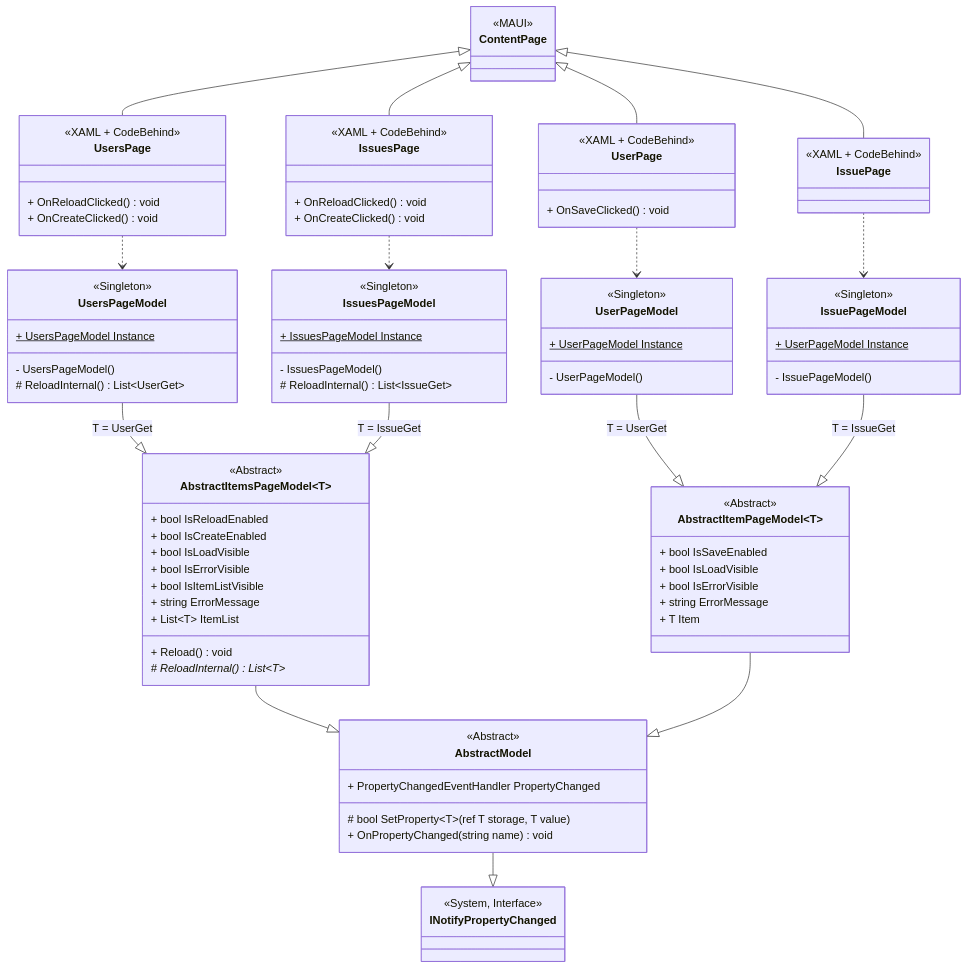
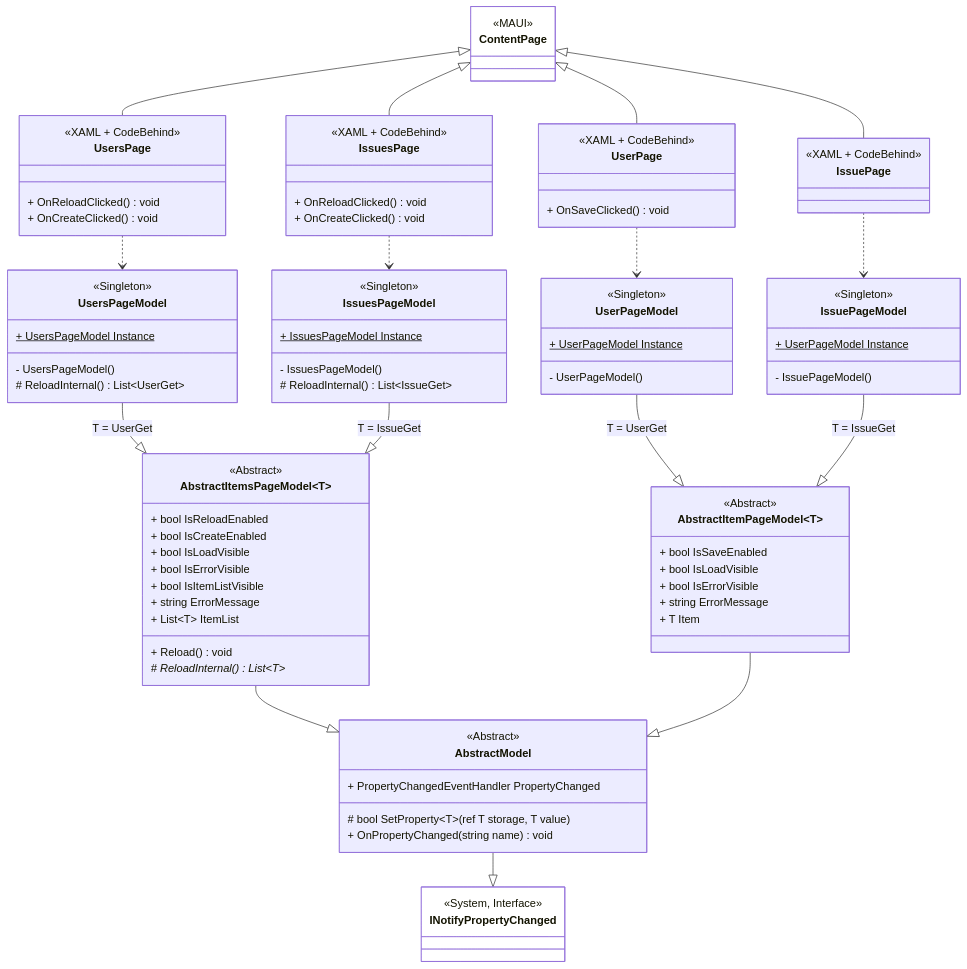
The diagram in Models/Pages.mmd (ghackenberg/csharp-maui-aspnet-sample), drawn with Mermaid before and after one commit. The commit also changed 26 other files, not shown here.

```diff
--- a/Models/Pages.mmd
+++ b/Models/Pages.mmd
@@ -1,102 +1,105 @@
 classDiagram
 
     class ContentPage {
         <<MAUI>>
     }
 
     class UsersPage {
         <<XAML + CodeBehind>>
         + OnReloadClicked() void
         + OnCreateClicked() void
     }
     class IssuesPage {
         <<XAML + CodeBehind>>
         + OnReloadClicked() void
         + OnCreateClicked() void
     }
     class UserPage {
         <<XAML + CodeBehind>>
         + OnSaveClicked() void
     }
     class IssuePage {
         <<XAML + CodeBehind>>
 
     }
 
     class UsersPageModel {
         <<Singleton>>
         + UsersPageModel Instance $
         - UsersPageModel()
         # ReloadInternal() List~UserGet~
     }
     class IssuesPageModel {
         <<Singleton>>
         + IssuesPageModel Instance $
         - IssuesPageModel()
         # ReloadInternal() List~IssueGet~
     }
 
     class UserPageModel {
         <<Singleton>>
         + UserPageModel Instance $
         - UserPageModel()
     }
     class IssuePageModel {
         <<Singleton>>
         + UserPageModel Instance $
         - IssuePageModel()
     }
 
     class AbstractItemsPageModel~T~ {
         <<Abstract>>
         + bool IsReloadEnabled
         + bool IsCreateEnabled
         + bool IsLoadVisible
         + bool IsErrorVisible
         + bool IsItemListVisible
         + string ErrorMessage
         + List~T~ ItemList
         + Reload() void
         # ReloadInternal() List~T~ *
     }
     class AbstractItemPageModel~T~ {
         <<Abstract>>
         + bool IsSaveEnabled
         + bool IsLoadVisible
         + bool IsErrorVisible
         + string ErrorMessage
         + T Item
     }
 
     class AbstractModel {
         <<Abstract>>
         + PropertyChangedEventHandler PropertyChanged
         # bool SetProperty~T~(ref T storage, T value)
         + OnPropertyChanged(string name) void
     }
 
     class INotifyPropertyChanged {
         <<System, Interface>>
     }
 
     ContentPage <|-- UsersPage
     ContentPage <|-- UserPage
     ContentPage <|-- IssuesPage
     ContentPage <|-- IssuePage
 
     UsersPage ..> UsersPageModel
     IssuesPage ..> IssuesPageModel
 
     UserPage ..> UserPageModel 
     IssuePage ..> IssuePageModel
 
     UsersPageModel --|> AbstractItemsPageModel : T = UserGet
     IssuesPageModel --|> AbstractItemsPageModel : T = IssueGet
 
     UserPageModel --|> AbstractItemPageModel : T = UserGet
     IssuePageModel --|> AbstractItemPageModel : T = IssueGet
 
     AbstractItemsPageModel --|> AbstractModel
     AbstractItemPageModel --|> AbstractModel
 
     AbstractModel --|> INotifyPropertyChanged
+
+    style ContentPage fill:white
+    style INotifyPropertyChanged fill:white
```
